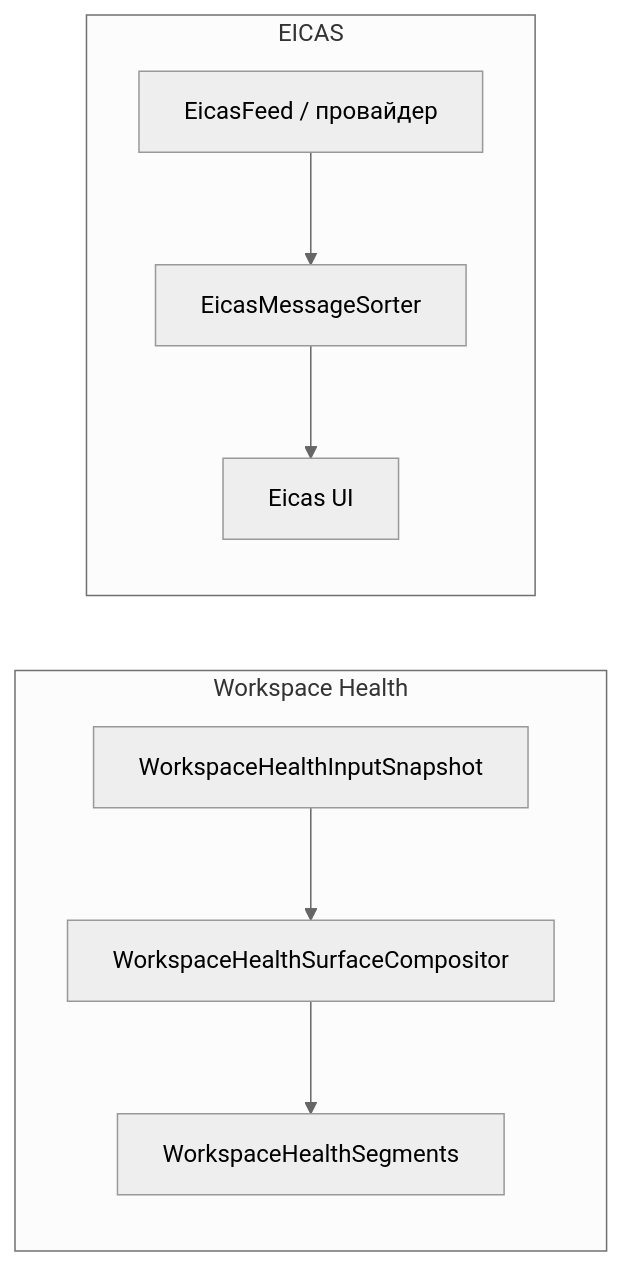
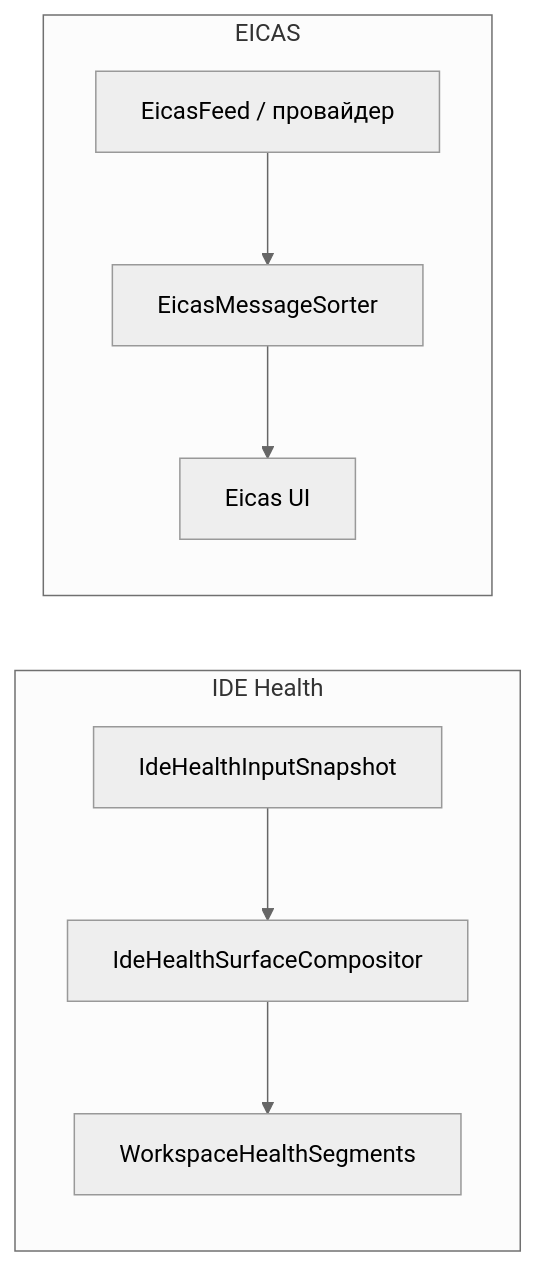
The diagram in docs/design/workspace-health-implementation-map-v1.md (AI-Guiders/cascade-ide), drawn with Mermaid (neutral theme) before and after one commit. The commit also changed other lines of this file and 20 other files, not shown here.

First line of the commit message:
docs: add ADR 0095 stratification; IDE Health naming and cross-links

````diff
--- a/docs/design/workspace-health-implementation-map-v1.md
+++ b/docs/design/workspace-health-implementation-map-v1.md
@@ -117,15 +117,15 @@
 ```mermaid
 flowchart LR
-  subgraph work [Workspace Health]
-    Snap[WorkspaceHealthInputSnapshot]
-    Comp[WorkspaceHealthSurfaceCompositor]
+  subgraph work [IDE Health]
+    Snap[IdeHealthInputSnapshot]
+    Comp[IdeHealthSurfaceCompositor]
     Seg[WorkspaceHealthSegments]
   end
   subgraph eicas [EICAS]
     Feed[EicasFeed / провайдер]
     Rank[EicasMessageSorter]
     Cas[Eicas UI]
   end
   Snap --> Comp --> Seg
   Feed --> Rank --> Cas
 ```
````
